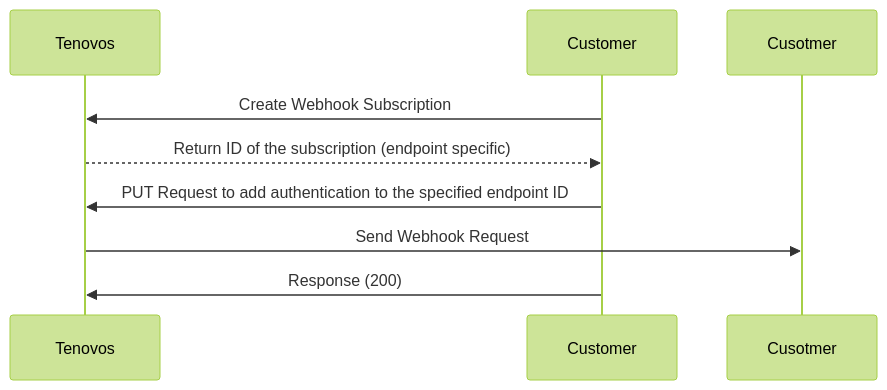
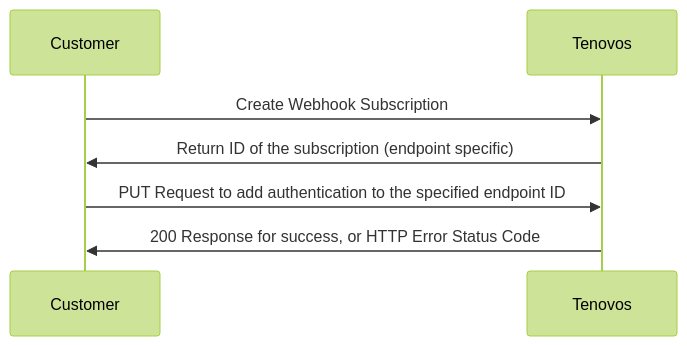
Before and after one commit to brian-tenovos/tnvs-api-dev-portal: the first of 2 diagrams in developer-portal/webhooks/authentication.md, drawn with Mermaid (forest theme). The commit also changed other lines of this file, not shown here.

Commit message:
webhook mermaid updates

````diff
--- a/developer-portal/webhooks/authentication.md
+++ b/developer-portal/webhooks/authentication.md
@@ -12,10 +12,9 @@
 ```mermaid
 sequenceDiagram
+    participant Customer
     participant Tenovos
-    participant Customer
     Customer->>Tenovos: Create Webhook Subscription
-    Tenovos-->>Customer: Return ID of the subscription (endpoint specific)
+    Tenovos->>Customer: Return ID of the subscription (endpoint specific)
     Customer->>Tenovos: PUT Request to add authentication to the specified endpoint ID
-    Tenovos->>Cusotmer: Send Webhook Request
-    Customer->>Tenovos: Response (200)
+    Tenovos->>Customer: 200 Response for success, or HTTP Error Status Code
 ```
````
